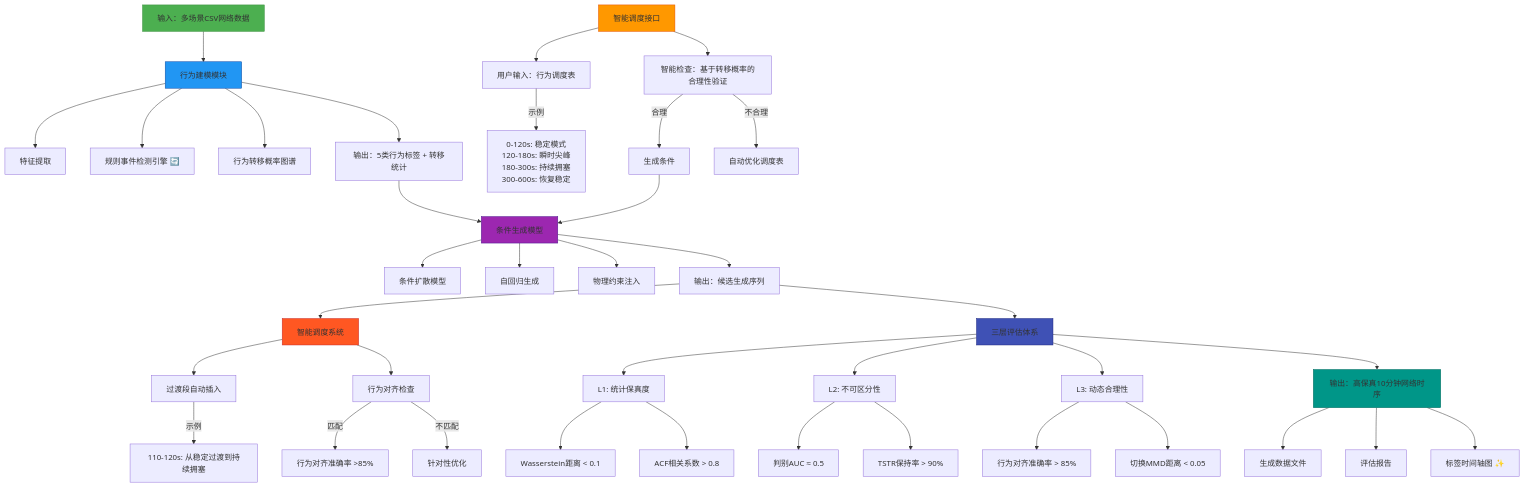
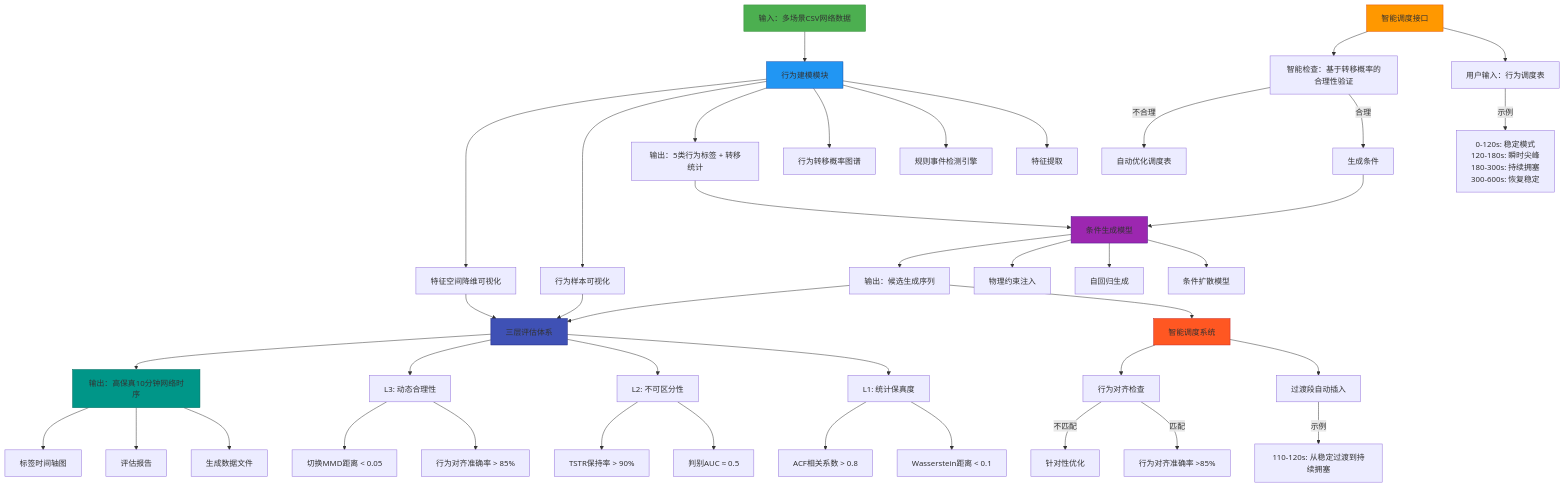
The diagram in docs/方案设计 1.3.md (sangachy-cyber/nps), drawn with Mermaid before and after one commit. The commit also changed other lines of this file and 18 other files, not shown here.

````diff
--- a/docs/方案设计 1.3.md
+++ b/docs/方案设计 1.3.md
@@ -29,53 +22,57 @@
 ```mermaid
 flowchart TD
     A[输入：多场景CSV网络数据] --> B[行为建模模块]
     B --> B1[特征提取]
-    B --> B2[规则事件检测引擎 🔄]
+    B --> B2[规则事件检测引擎]
     B --> B3[行为转移概率图谱]
     B --> B4[输出：5类行为标签 + 转移统计]
+    B --> B5[行为样本可视化]
+    B --> B6[特征空间降维可视化]
 
     C[智能调度接口] --> C1[用户输入：行为调度表]
     C1 -->|示例| C1a[0-120s: 稳定模式\n120-180s: 瞬时尖峰\n180-300s: 持续拥塞\n300-600s: 恢复稳定]
     C --> C2[智能检查：基于转移概率的合理性验证]
     C2 -->|合理| C3[生成条件]
     C2 -->|不合理| C4[自动优化调度表]
 
     B4 --> D[条件生成模型]
+    B5 --> F
+    B6 --> F
     C3 --> D
     D --> D1[条件扩散模型]
     D --> D2[自回归生成]
     D --> D3[物理约束注入]
     D --> D4[输出：候选生成序列]
 
     D4 --> E[智能调度系统]
     E --> E1[过渡段自动插入]
     E1 -->|示例| E1a[110-120s: 从稳定过渡到持续拥塞]
     E --> E2[行为对齐检查]
     E2 -->|匹配| E2a[行为对齐准确率 >85%]
     E2 -->|不匹配| E2b[针对性优化]
 
     D4 --> F[三层评估体系]
     F --> F1[L1: 统计保真度]
     F1 --> F1a[Wasserstein距离 < 0.1]
     F1 --> F1b[ACF相关系数 > 0.8]
     F --> F2[L2: 不可区分性]
     F2 --> F2a[判别AUC ≈ 0.5]
     F2 --> F2b[TSTR保持率 > 90%]
     F --> F3[L3: 动态合理性]
     F3 --> F3a[行为对齐准确率 > 85%]
     F3 --> F3b[切换MMD距离 < 0.05]
 
     F --> G[输出：高保真10分钟网络时序]
     G --> G1[生成数据文件]
     G --> G2[评估报告]
-    G --> G3[标签时间轴图 ✨]
+    G --> G3[标签时间轴图]
 
     style A fill:#4CAF50,stroke:#388E3C
     style B fill:#2196F3,stroke:#0D47A1
     style C fill:#FF9800,stroke:#E65100
     style D fill:#9C27B0,stroke:#4A148C
     style E fill:#FF5722,stroke:#C62828
     style F fill:#3F51B5,stroke:#1A237E
     style G fill:#009688,stroke:#00695C
 
 ```
````
